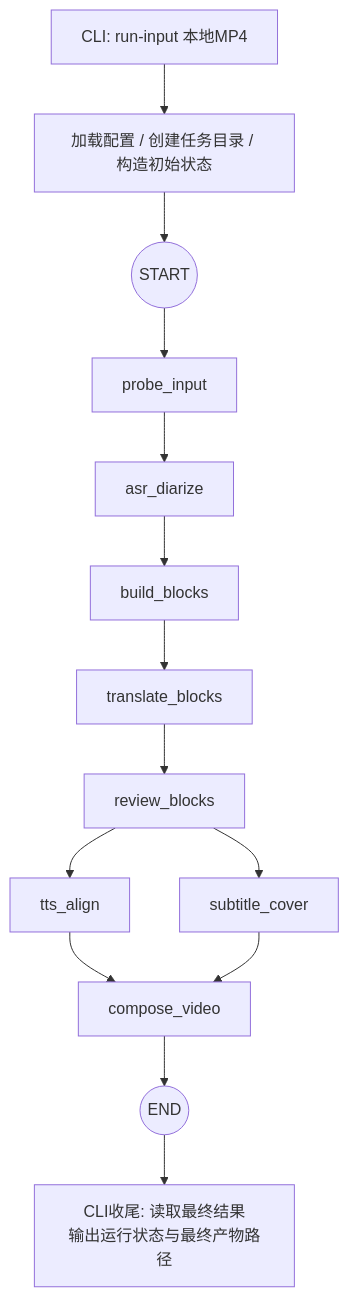
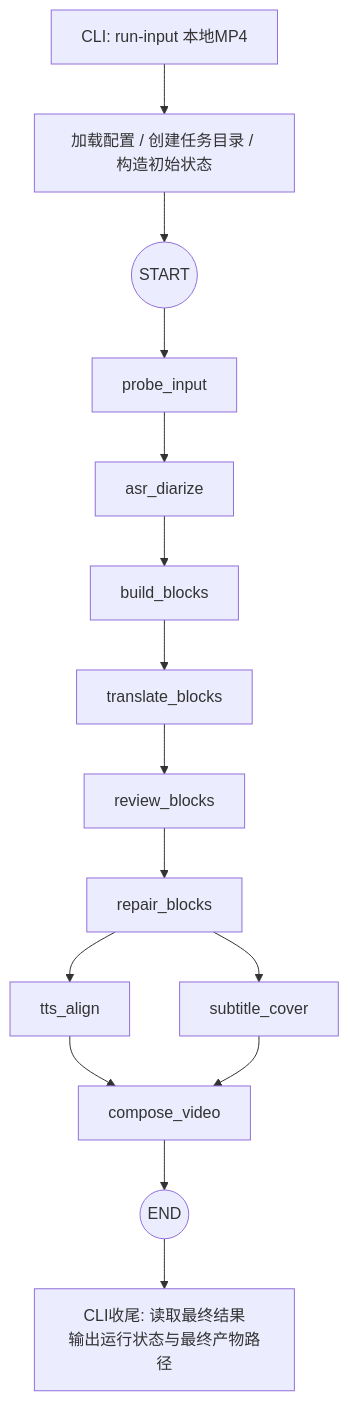
Before and after one commit to AchiDilyar/english-video-localizer: the diagram in docs/design/workflow.md, drawn with Mermaid. The commit also changed other lines of this file and 3 other files, not shown here.

First line of the commit message:
docs(design): 新增 repair_blocks 增量节点、repaired_blocks 产物与增量拓扑规则

````diff
--- a/docs/design/workflow.md
+++ b/docs/design/workflow.md
@@ -91,21 +92,22 @@
 ```mermaid
 flowchart TD
     CLI[CLI: run-input 本地MP4] --> INIT[加载配置 / 创建任务目录 / 构造初始状态]
     INIT --> START((START))
 
     START --> N1[probe_input]
     N1 --> N2[asr_diarize]
     N2 --> N3[build_blocks]
     N3 --> N4[translate_blocks]
     N4 --> N5[review_blocks]
 
-    N5 --> N6[tts_align]
-    N5 --> N8[subtitle_cover]
+    N5 --> N5B[repair_blocks]
+    N5B --> N6[tts_align]
+    N5B --> N8[subtitle_cover]
 
     N6 --> N9[compose_video]
     N8 --> N9
 
     N9 --> END((END))
 
     END --> OUT[CLI收尾: 读取最终结果<br/>输出运行状态与最终产物路径]
 ```
````
